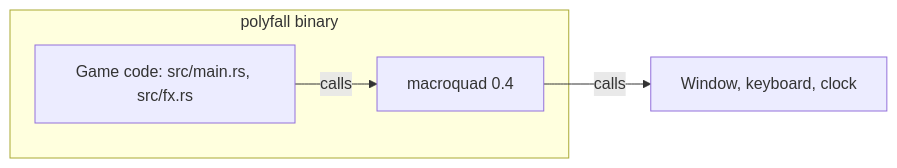
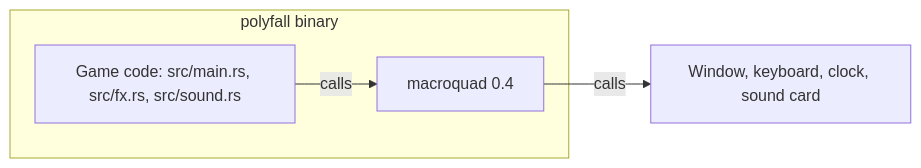
One commit to chussenot/polyfall changed the diagram in docs/architecture/containers.md. Above: the diagram before and after it, drawn with Mermaid. The commit also changed other lines of this file and 78 other files, not shown here.

````diff
--- a/docs/architecture/containers.md
+++ b/docs/architecture/containers.md
@@ -24,10 +26,10 @@
 ```mermaid
 flowchart LR
     subgraph Binary["polyfall binary"]
-        Code["Game code: src/main.rs, src/fx.rs"]
+        Code["Game code: src/main.rs, src/fx.rs, src/sound.rs"]
         MQ["macroquad 0.4"]
     end
-    OS["Window, keyboard, clock"]
+    OS["Window, keyboard, clock, sound card"]
     Code -->|"calls"| MQ
     MQ -->|"calls"| OS
 ```
````
